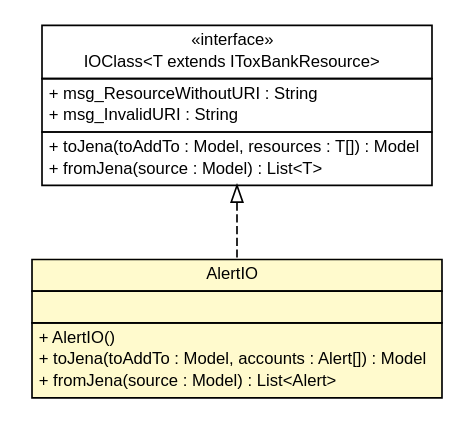
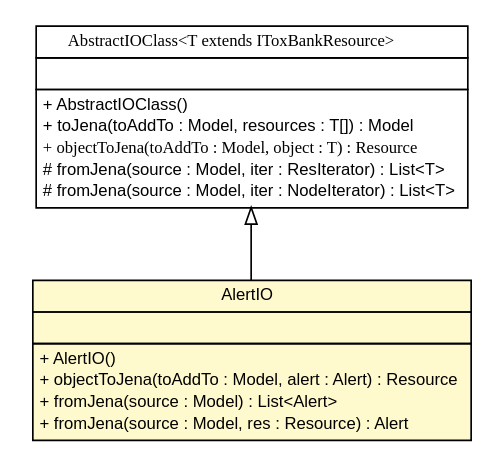
The diagram in apidocs/net/toxbank/client/io/rdf/AlertIO.dot (ToxBank/toxbank-api-beans), drawn with Graphviz before and after one commit. The commit also changed 272 other files, not shown here.

```diff
--- a/apidocs/net/toxbank/client/io/rdf/AlertIO.dot
+++ b/apidocs/net/toxbank/client/io/rdf/AlertIO.dot
@@ -1,41 +1,43 @@
 #!/usr/local/bin/dot
 #
 # Class diagram 
 # Generated by UmlGraph version 4.6 (http://www.spinellis.gr/sw/umlgraph)
 #
 
 digraph G {
 	edge [fontname="arial",fontsize=10,labelfontname="arial",labelfontsize=10];
 	node [fontname="arial",fontsize=10,shape=plaintext];
-	// net.toxbank.client.io.rdf.IOClass<T extends net.toxbank.client.resource.IToxBankResource>
-	c430 [label=<<table border="0" cellborder="1" cellspacing="0" cellpadding="2" port="p" href="./IOClass.html">
-		<tr><td><table border="0" cellspacing="0" cellpadding="1">
-			<tr><td> &laquo;interface&raquo; </td></tr>
-			<tr><td> IOClass&lt;T extends IToxBankResource&gt; </td></tr>
-		</table></td></tr>
-		<tr><td><table border="0" cellspacing="0" cellpadding="1">
-			<tr><td align="left"> + msg_ResourceWithoutURI : String </td></tr>
-			<tr><td align="left"> + msg_InvalidURI : String </td></tr>
-		</table></td></tr>
-		<tr><td><table border="0" cellspacing="0" cellpadding="1">
-			<tr><td align="left"> + toJena(toAddTo : Model, resources : T[]) : Model </td></tr>
-			<tr><td align="left"> + fromJena(source : Model) : List&lt;T&gt; </td></tr>
-		</table></td></tr>
-		</table>>, fontname="arial", fontcolor="black", fontsize=10.0];
 	// net.toxbank.client.io.rdf.AlertIO
-	c433 [label=<<table border="0" cellborder="1" cellspacing="0" cellpadding="2" port="p" bgcolor="lemonChiffon" href="./AlertIO.html">
+	c463 [label=<<table border="0" cellborder="1" cellspacing="0" cellpadding="2" port="p" bgcolor="lemonChiffon" href="./AlertIO.html">
 		<tr><td><table border="0" cellspacing="0" cellpadding="1">
 			<tr><td> AlertIO </td></tr>
 		</table></td></tr>
 		<tr><td><table border="0" cellspacing="0" cellpadding="1">
 			<tr><td align="left">  </td></tr>
 		</table></td></tr>
 		<tr><td><table border="0" cellspacing="0" cellpadding="1">
 			<tr><td align="left"> + AlertIO() </td></tr>
-			<tr><td align="left"> + toJena(toAddTo : Model, accounts : Alert[]) : Model </td></tr>
+			<tr><td align="left"> + objectToJena(toAddTo : Model, alert : Alert) : Resource </td></tr>
 			<tr><td align="left"> + fromJena(source : Model) : List&lt;Alert&gt; </td></tr>
+			<tr><td align="left"> + fromJena(source : Model, res : Resource) : Alert </td></tr>
 		</table></td></tr>
 		</table>>, fontname="arial", fontcolor="black", fontsize=10.0];
-	//net.toxbank.client.io.rdf.AlertIO implements net.toxbank.client.io.rdf.IOClass<T extends net.toxbank.client.resource.IToxBankResource>
-	c430:p -> c433:p [dir=back,arrowtail=empty,style=dashed];
+	// net.toxbank.client.io.rdf.AbstractIOClass<T extends net.toxbank.client.resource.IToxBankResource>
+	c465 [label=<<table border="0" cellborder="1" cellspacing="0" cellpadding="2" port="p" href="./AbstractIOClass.html">
+		<tr><td><table border="0" cellspacing="0" cellpadding="1">
+			<tr><td><font face="ariali"> AbstractIOClass&lt;T extends IToxBankResource&gt; </font></td></tr>
+		</table></td></tr>
+		<tr><td><table border="0" cellspacing="0" cellpadding="1">
+			<tr><td align="left">  </td></tr>
+		</table></td></tr>
+		<tr><td><table border="0" cellspacing="0" cellpadding="1">
+			<tr><td align="left"> + AbstractIOClass() </td></tr>
+			<tr><td align="left"> + toJena(toAddTo : Model, resources : T[]) : Model </td></tr>
+			<tr><td align="left"><font face="ariali" point-size="10.0"> + objectToJena(toAddTo : Model, object : T) : Resource </font></td></tr>
+			<tr><td align="left"> # fromJena(source : Model, iter : ResIterator) : List&lt;T&gt; </td></tr>
+			<tr><td align="left"> # fromJena(source : Model, iter : NodeIterator) : List&lt;T&gt; </td></tr>
+		</table></td></tr>
+		</table>>, fontname="arial", fontcolor="black", fontsize=10.0];
+	//net.toxbank.client.io.rdf.AlertIO extends net.toxbank.client.io.rdf.AbstractIOClass<net.toxbank.client.resource.Alert>
+	c465:p -> c463:p [dir=back,arrowtail=empty];
 }
```
